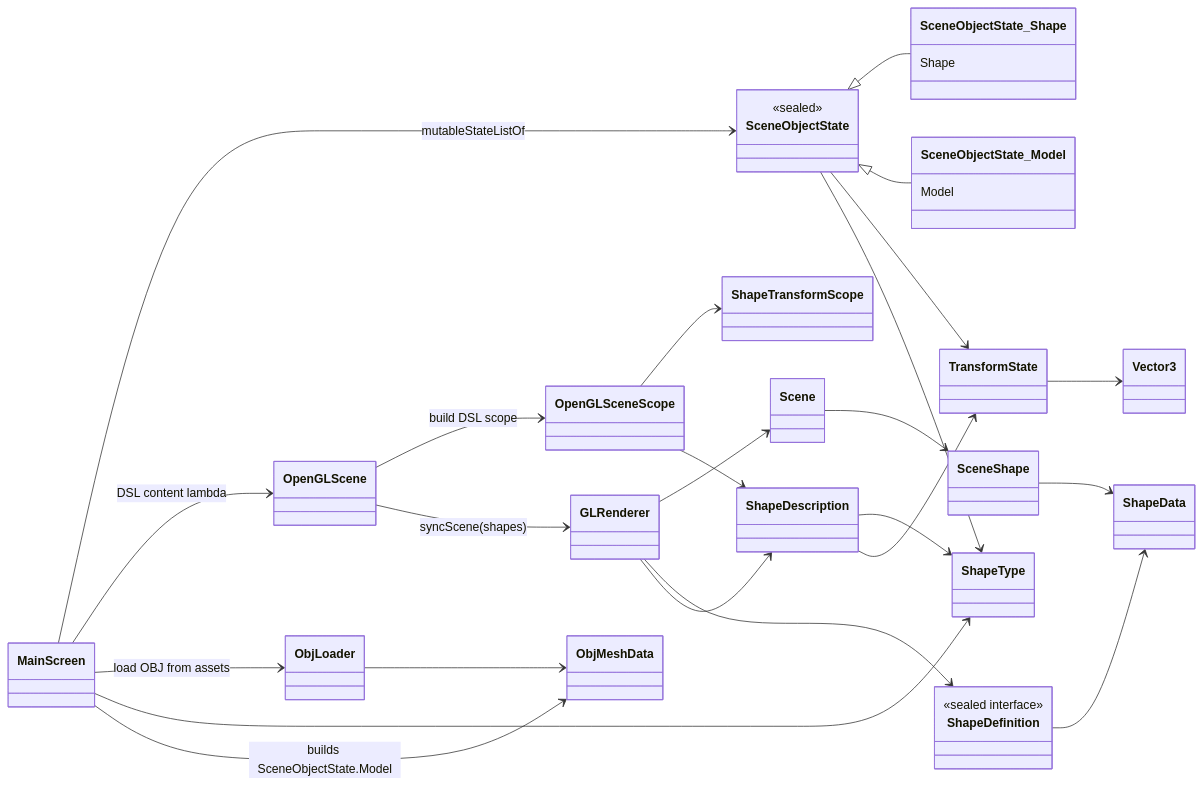
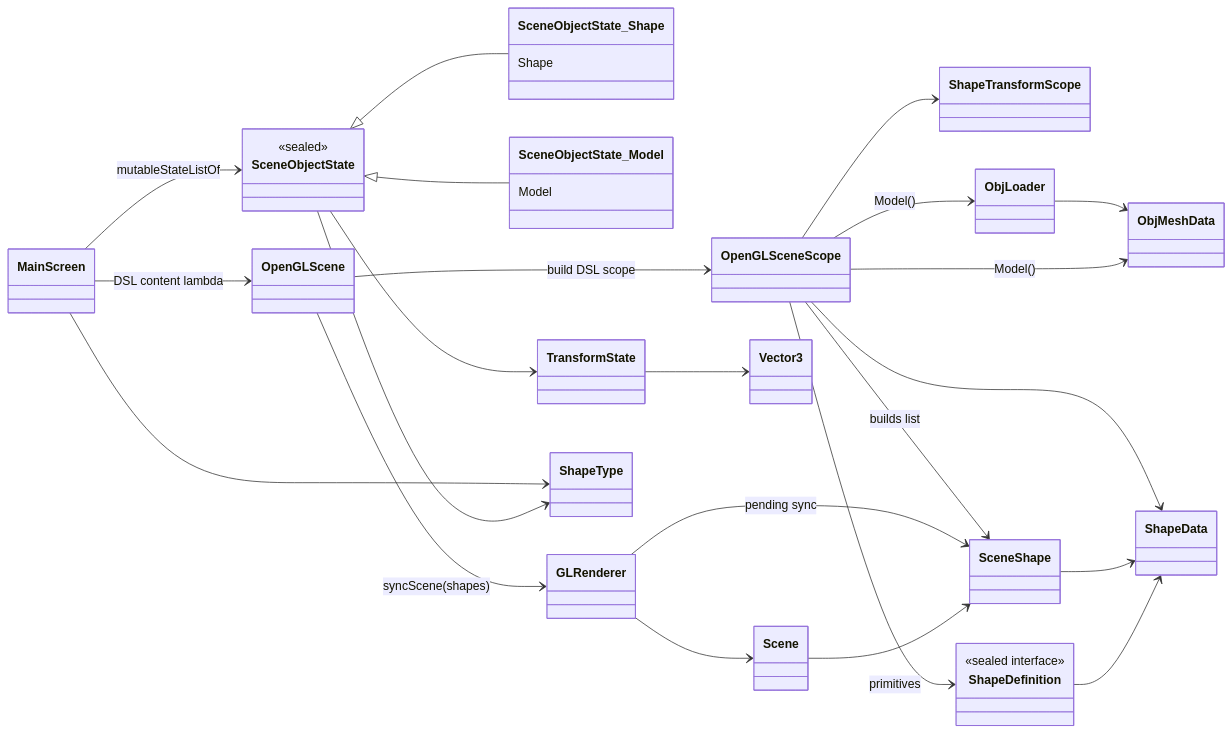
One commit to hr5h/GLViz changed the diagram in docs/uml/05-overall-architecture.md. Above: the diagram before and after it, drawn with Mermaid. The commit also changed 10 other files, not shown here.

Commit message:
deleted ShapeDescription

````diff
--- a/docs/uml/05-overall-architecture.md
+++ b/docs/uml/05-overall-architecture.md
@@ -3,61 +3,59 @@
 ```mermaid
 classDiagram
 direction LR
 
 class MainScreen
 class SceneObjectState {
   <<sealed>>
 }
 class SceneObjectState_Shape {
   Shape
 }
 class SceneObjectState_Model {
   Model
 }
 class OpenGLScene
 class OpenGLSceneScope
 class ShapeTransformScope
-class ShapeDescription
 class TransformState
 class Vector3
 class GLRenderer
 class Scene
 class SceneShape
 class ShapeDefinition {
   <<sealed interface>>
 }
 class ShapeData
 class ObjLoader
 class ObjMeshData
 class ShapeType
 
 SceneObjectState <|-- SceneObjectState_Shape
 SceneObjectState <|-- SceneObjectState_Model
 
 MainScreen --> SceneObjectState : mutableStateListOf
 MainScreen --> OpenGLScene : DSL content lambda
-MainScreen --> ObjLoader : load OBJ from assets
 MainScreen --> ShapeType
 
 SceneObjectState --> TransformState
 SceneObjectState --> ShapeType
 
 OpenGLScene --> OpenGLSceneScope : build DSL scope
 OpenGLScene --> GLRenderer : syncScene(shapes)
 
 OpenGLSceneScope --> ShapeTransformScope
-OpenGLSceneScope --> ShapeDescription
-ShapeDescription --> ShapeType
-ShapeDescription --> TransformState
+OpenGLSceneScope --> SceneShape : builds list
+OpenGLSceneScope --> ShapeDefinition : primitives
+OpenGLSceneScope --> ShapeData
+OpenGLSceneScope --> ObjLoader : Model()
 TransformState --> Vector3
 
 GLRenderer --> Scene
-GLRenderer --> ShapeDefinition
-GLRenderer --> ShapeDescription
+GLRenderer --> SceneShape : pending sync
 Scene --> SceneShape
 SceneShape --> ShapeData
 ShapeDefinition --> ShapeData
 
 ObjLoader --> ObjMeshData
-MainScreen --> ObjMeshData : builds SceneObjectState.Model
+OpenGLSceneScope --> ObjMeshData : Model()
 ```
````
